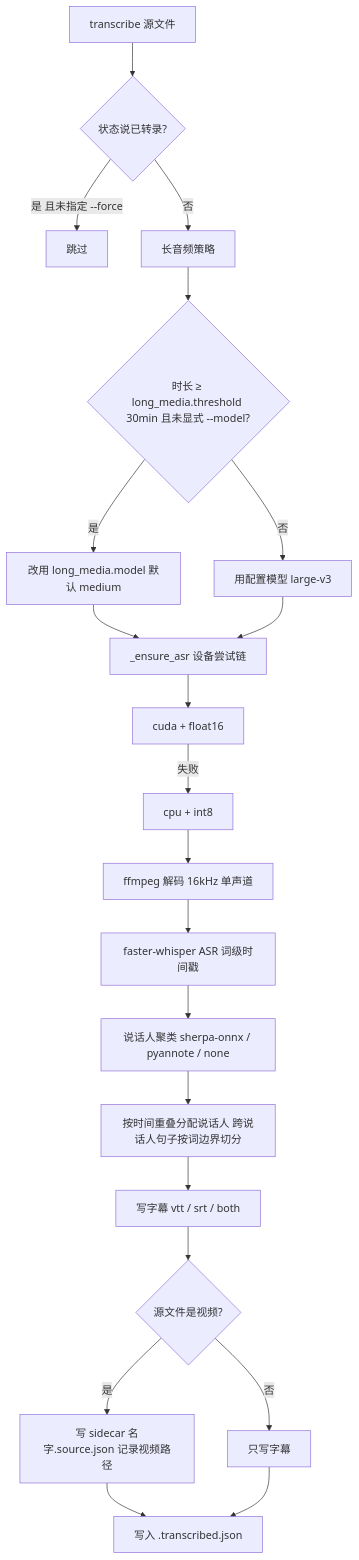
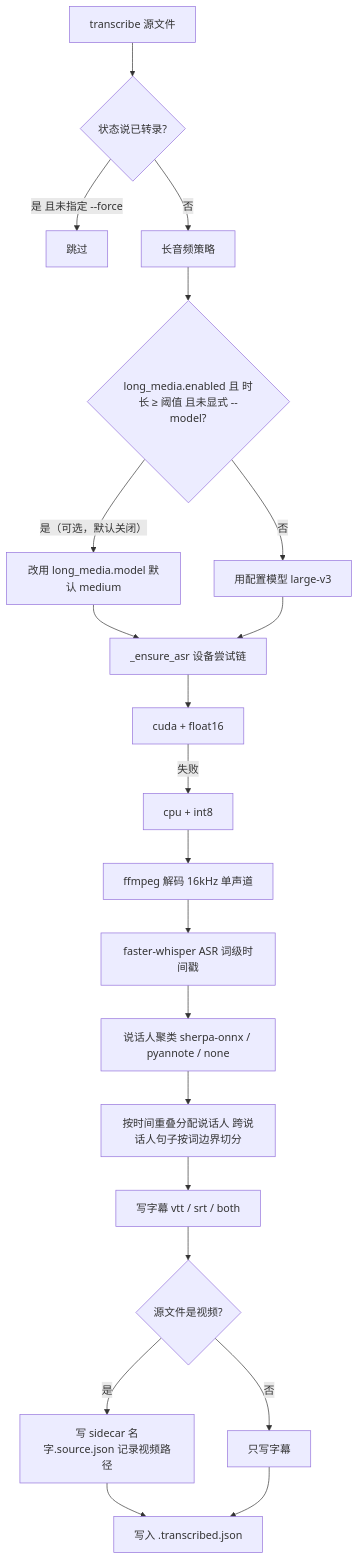
One commit to XianruLi/subtitle-notes changed the fifth of 8 diagrams in doc/architecture.md. Above: the diagram before and after it, drawn with Mermaid. The commit also changed other lines of this file and 10 other files, not shown here.

First line of the commit message:
feat: native-resolution screenshots, better timing, opt-in long-media downgrade

````diff
--- a/doc/architecture.md
+++ b/doc/architecture.md
@@ -145,25 +145,25 @@
 ```mermaid
 flowchart TD
     A["transcribe 源文件"] --> B{"状态说已转录?"}
     B -->|"是 且未指定 --force"| X["跳过"]
     B -->|"否"| C["长音频策略"]
-    C --> C1{"时长 ≥ long_media.threshold 30min 且未显式 --model?"}
-    C1 -->|"是"| C2["改用 long_media.model 默认 medium"]
+    C --> C1{"long_media.enabled 且 时长 ≥ 阈值 且未显式 --model?"}
+    C1 -->|"是（可选，默认关闭）"| C2["改用 long_media.model 默认 medium"]
     C1 -->|"否"| C3["用配置模型 large-v3"]
 
     C2 --> D["_ensure_asr 设备尝试链"]
     C3 --> D
     D --> D1["cuda + float16"]
     D1 -->|"失败"| D2["cpu + int8"]
     D2 --> E["ffmpeg 解码 16kHz 单声道"]
 
     E --> F["faster-whisper ASR 词级时间戳"]
     F --> G["说话人聚类 sherpa-onnx / pyannote / none"]
     G --> H["按时间重叠分配说话人 跨说话人句子按词边界切分"]
     H --> I["写字幕 vtt / srt / both"]
     I --> J{"源文件是视频?"}
     J -->|"是"| K["写 sidecar 名字.source.json 记录视频路径"]
     J -->|"否"| L["只写字幕"]
     K --> M["写入 .transcribed.json"]
     L --> M
 ```
````
